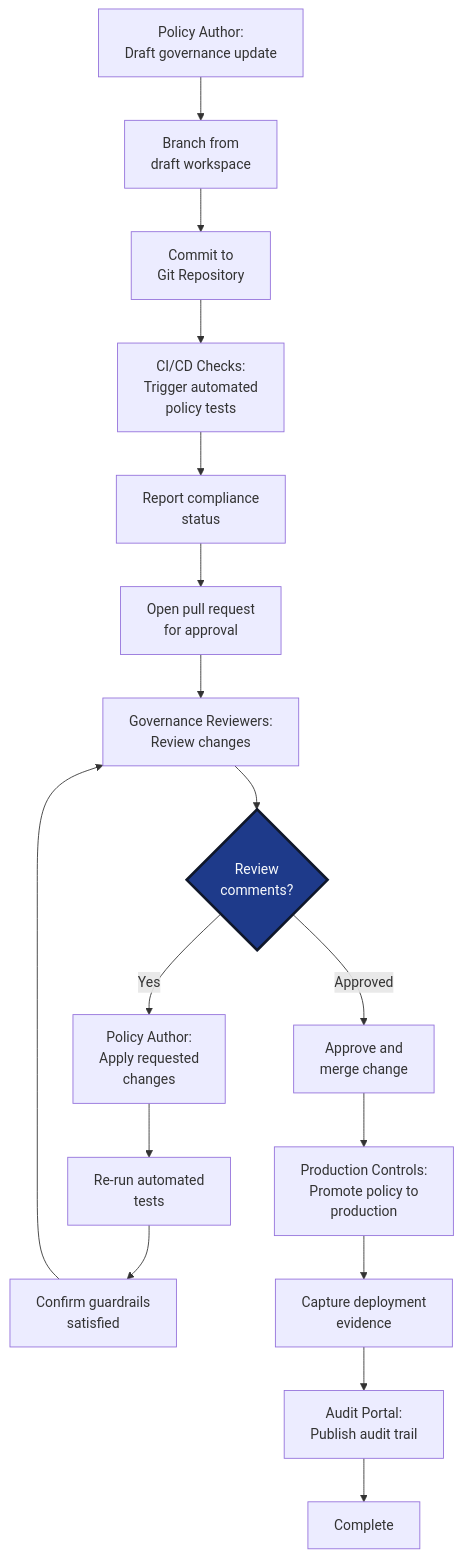
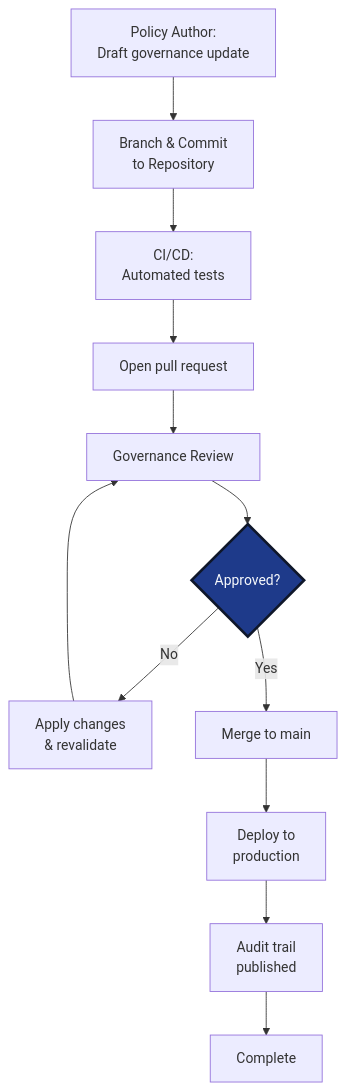
The diagram in docs/images/diagram_29_governance_pipeline.mmd (Geonitab/architecture_as_code), drawn with Mermaid before and after one commit. The commit also changed 36 other files, not shown here.

Commit message:
Split large diagrams to meet 15-element limit

```diff
--- a/docs/images/diagram_29_governance_pipeline.mmd
+++ b/docs/images/diagram_29_governance_pipeline.mmd
@@ -1,22 +1,17 @@
 %% Governance as Code approval flow across stakeholders
 graph TD
     Start[Policy Author:<br/>Draft governance update]:::kv-primary
-    Start --> Branch[Branch from<br/>draft workspace]:::kv-highlight
-    Branch --> Repo[Commit to<br/>Git Repository]:::kv-accent
-    Repo --> CI[CI/CD Checks:<br/>Trigger automated<br/>policy tests]:::kv-accent
-    CI --> Status[Report compliance<br/>status]:::kv-highlight
-    Status --> PR[Open pull request<br/>for approval]:::kv-accent
-    PR --> Review[Governance Reviewers:<br/>Review changes]:::kv-primary
-    Review --> Comments{Review<br/>comments?}:::kv-decision
-    Comments -->|Yes| Changes[Policy Author:<br/>Apply requested<br/>changes]:::kv-highlight
-    Changes --> Revalidate[Re-run automated<br/>tests]:::kv-accent
-    Revalidate --> Guardrails[Confirm guardrails<br/>satisfied]:::kv-highlight
-    Guardrails --> Review
-    Comments -->|Approved| Merge[Approve and<br/>merge change]:::kv-primary
-    Merge --> Deploy[Production Controls:<br/>Promote policy to<br/>production]:::kv-accent
-    Deploy --> Evidence[Capture deployment<br/>evidence]:::kv-highlight
-    Evidence --> Audit[Audit Portal:<br/>Publish audit trail]:::kv-primary
+    Start --> Branch[Branch & Commit<br/>to Repository]:::kv-highlight
+    Branch --> CI[CI/CD:<br/>Automated tests]:::kv-accent
+    CI --> PR[Open pull request]:::kv-accent
+    PR --> Review[Governance Review]:::kv-primary
+    Review --> Comments{Approved?}:::kv-decision
+    Comments -->|No| Changes[Apply changes<br/>& revalidate]:::kv-highlight
+    Changes --> Review
+    Comments -->|Yes| Merge[Merge to main]:::kv-primary
+    Merge --> Deploy[Deploy to<br/>production]:::kv-accent
+    Deploy --> Audit[Audit trail<br/>published]:::kv-primary
     Audit --> End[Complete]:::kv-accent
     
     classDef kv-decision fill:#1E3A8A,stroke:#0F172A,color:#F8FAFC,stroke-width:3px
     class Comments kv-decision
```
